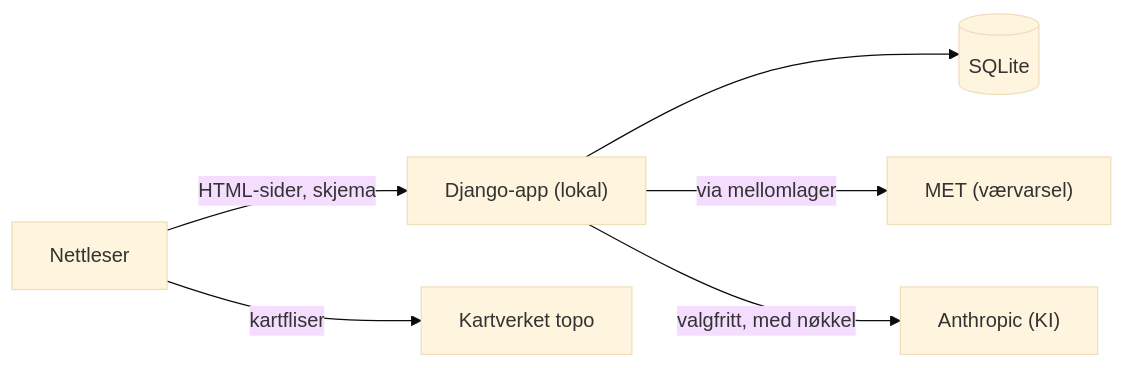
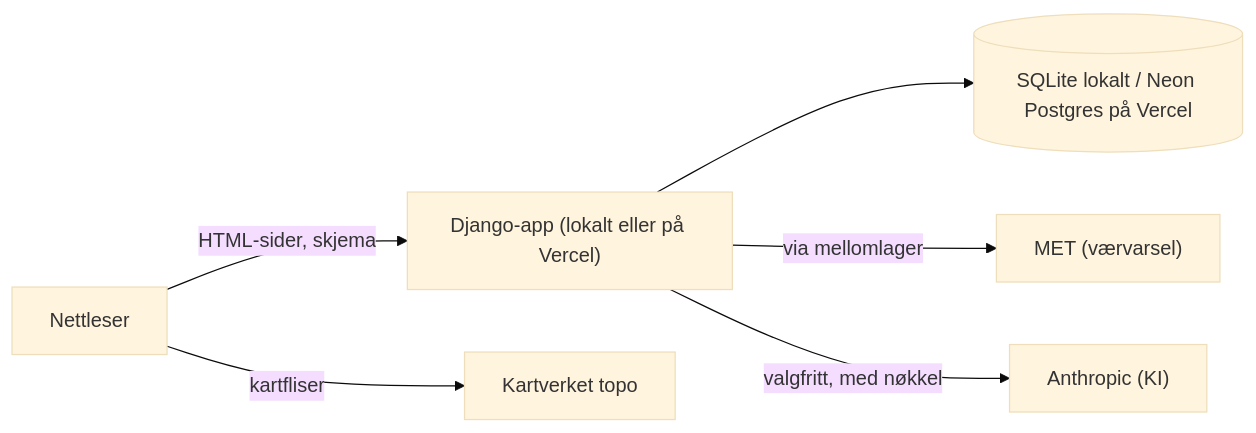
One commit to IBE160-2026/G81-eriksen changed the first of 4 diagrams in docs/arkitektur.md. Above: the diagram before and after it, drawn with Mermaid (base theme). The commit also changed other lines of this file and 8 other files, not shown here.

First line of the commit message:
PRD v1.10 og arkitektur: publisering på Vercel med Neon (NFR-10, AD-15)

````diff
--- a/docs/arkitektur.md
+++ b/docs/arkitektur.md
@@ -19,8 +19,8 @@
 ```mermaid
 flowchart LR
-    bruker["Nettleser"] -->|"HTML-sider, skjema"| app["Django-app (lokal)"]
+    bruker["Nettleser"] -->|"HTML-sider, skjema"| app["Django-app (lokalt eller på Vercel)"]
     bruker -->|"kartfliser"| kv["Kartverket topo"]
-    app --> db[("SQLite")]
+    app --> db[("SQLite lokalt / Neon Postgres på Vercel")]
     app -->|"via mellomlager"| met["MET (værvarsel)"]
     app -->|"valgfritt, med nøkkel"| ki["Anthropic (KI)"]
 ```
````
